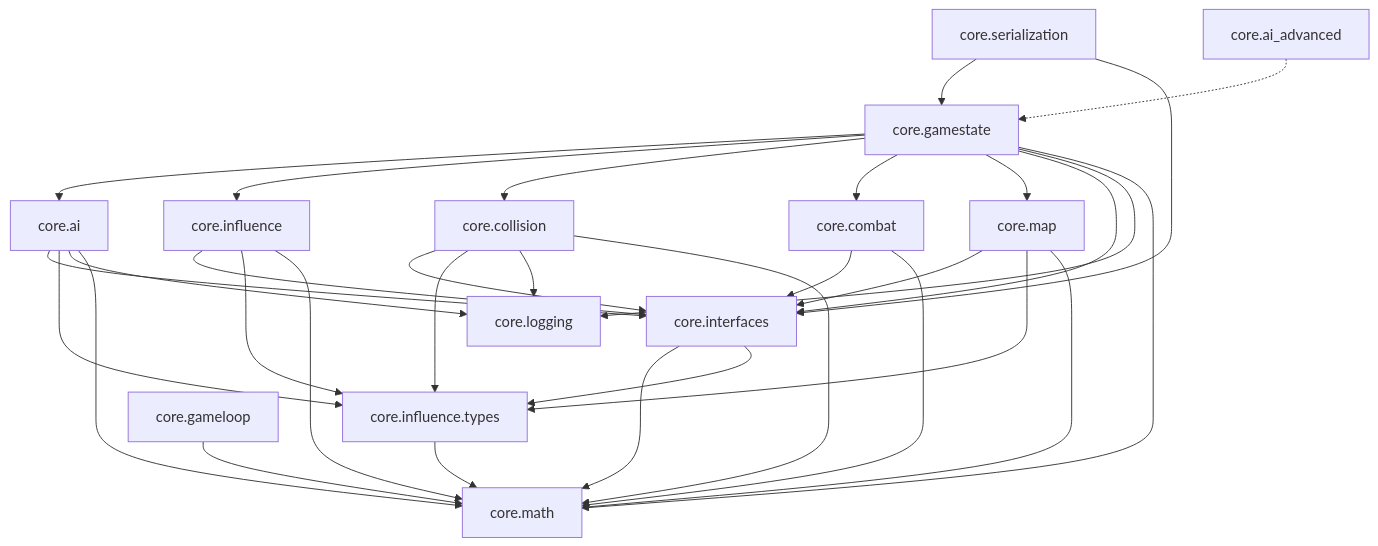
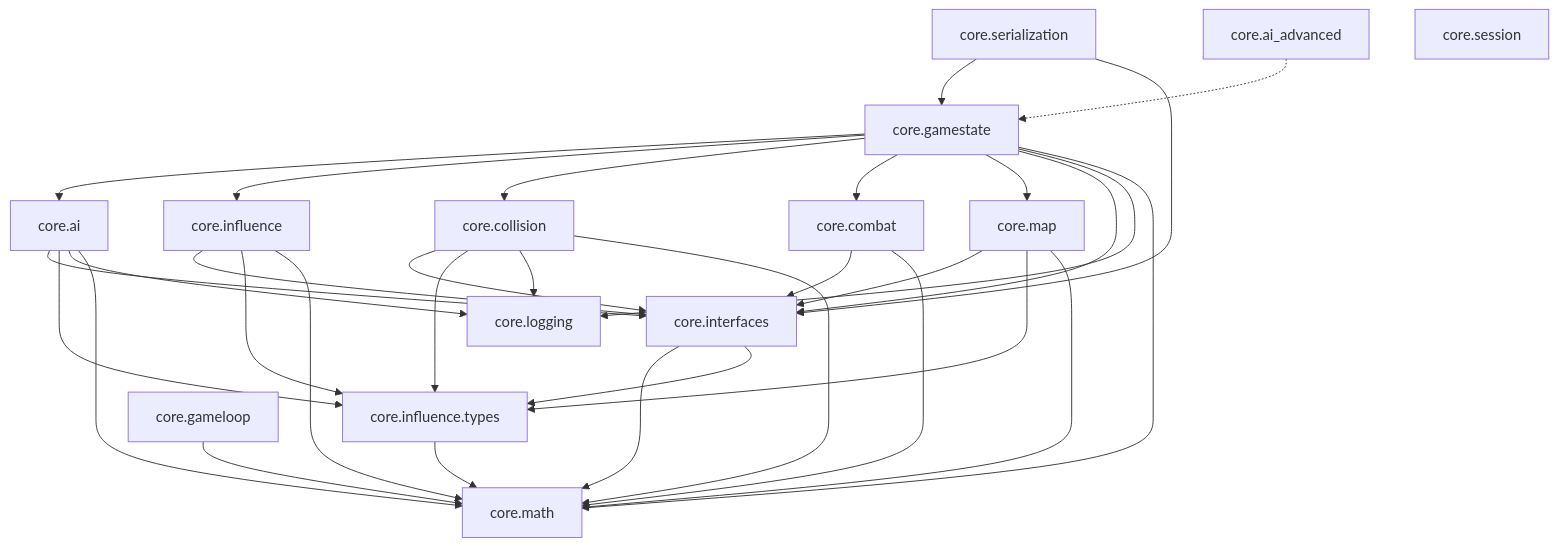
Before and after one commit to tudornserban/coreengine: the diagram in README.md, drawn with Mermaid. The commit also changed other lines of this file and 37 other files, not shown here.

First line of the commit message:
feat: add core.session lobby, offline resolution, and online lockstep

````diff
--- a/README.md
+++ b/README.md
@@ -37,16 +38,17 @@
 ```mermaid
 graph TD
   math[core.math]
   types[core.influence.types] --> math
   logging[core.logging]
   ifc[core.interfaces] --> math & types
   ai[core.ai] --> ifc & types & logging & math
   infl[core.influence] --> ifc & types & math
   coll[core.collision] --> ifc & types & logging & math
   combat[core.combat] --> ifc & math
   map[core.map] --> ifc & types & math
   loop[core.gameloop] --> math
   gs[core.gamestate] --> ai & infl & coll & combat & map & ifc & logging & math
   ser[core.serialization] --> gs & ifc
   adv[core.ai_advanced] -.-> gs
+  session[core.session]
 ```
````
